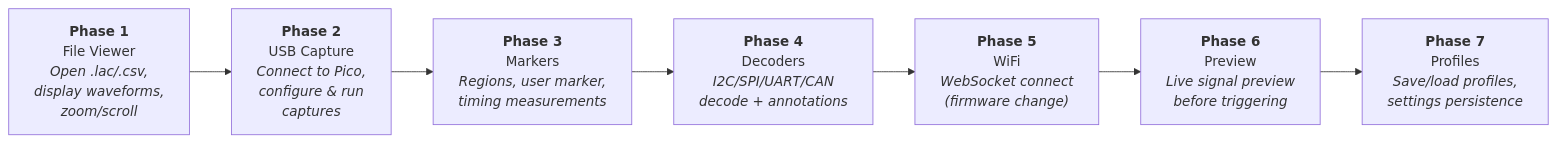
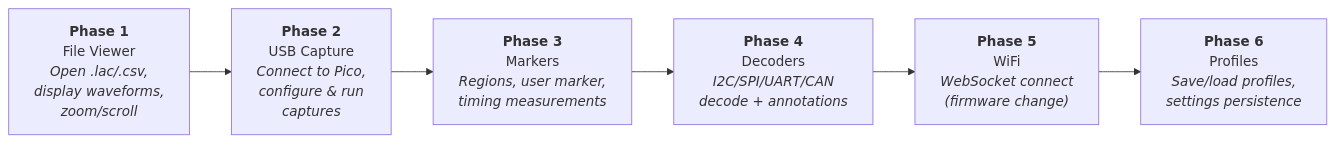
Before and after one commit to Xkonti/logicanalyzer: the sixth of 6 diagrams in Software/Web/design.md, drawn with Mermaid. The commit also changed other lines of this file and 13 other files, not shown here.

````diff
--- a/Software/Web/design.md
+++ b/Software/Web/design.md
@@ -622,12 +621,11 @@
 ```mermaid
 graph LR
     P1["<b>Phase 1</b><br/>File Viewer<br/><i>Open .lac/.csv,<br/>display waveforms,<br/>zoom/scroll</i>"]
     P2["<b>Phase 2</b><br/>USB Capture<br/><i>Connect to Pico,<br/>configure & run<br/>captures</i>"]
     P3["<b>Phase 3</b><br/>Markers<br/><i>Regions, user marker,<br/>timing measurements</i>"]
     P4["<b>Phase 4</b><br/>Decoders<br/><i>I2C/SPI/UART/CAN<br/>decode + annotations</i>"]
     P5["<b>Phase 5</b><br/>WiFi<br/><i>WebSocket connect<br/>(firmware change)</i>"]
-    P6["<b>Phase 6</b><br/>Preview<br/><i>Live signal preview<br/>before triggering</i>"]
-    P7["<b>Phase 7</b><br/>Profiles<br/><i>Save/load profiles,<br/>settings persistence</i>"]
+    P6["<b>Phase 6</b><br/>Profiles<br/><i>Save/load profiles,<br/>settings persistence</i>"]
 
-    P1 --> P2 --> P3 --> P4 --> P5 --> P6 --> P7
+    P1 --> P2 --> P3 --> P4 --> P5 --> P6
 ```
````
